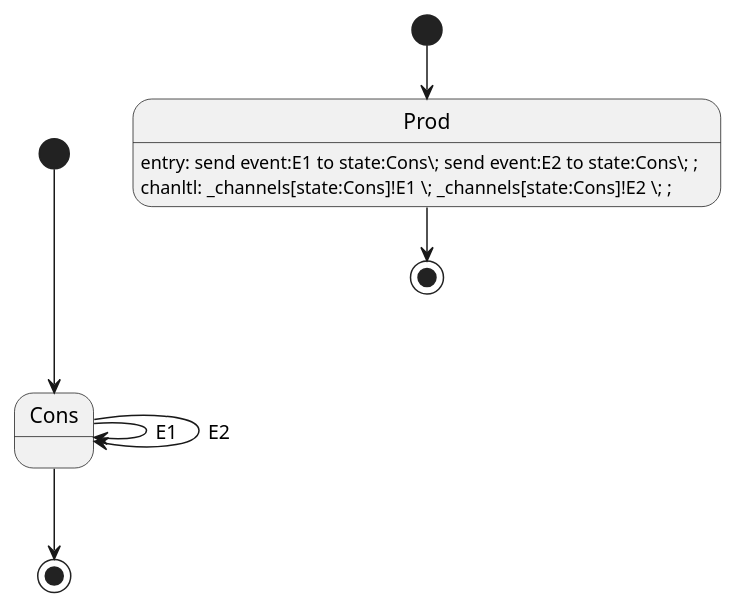
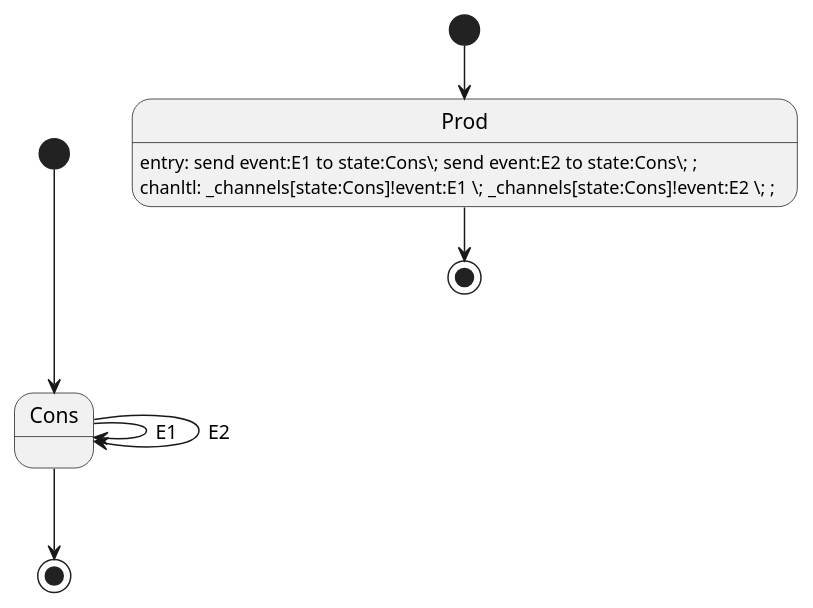
One commit to melintea/upml changed the diagram in plantuml/trace/send.plantuml. Above: the diagram before and after it, drawn with PlantUML. The commit also changed 6 other files, not shown here.

```diff
--- a/plantuml/trace/send.plantuml
+++ b/plantuml/trace/send.plantuml
@@ -1,15 +1,15 @@
 @startuml
 
 [*] --> Cons
 Cons --> [*]
 Cons --> Cons : E1
 Cons --> Cons : E2
 
 --
 
 [*] --> Prod
 Prod --> [*]
 Prod: entry: send event:E1 to state:Cons\; send event:E2 to state:Cons\; ;
-Prod: chanltl: _channels[state:Cons]!E1 \; _channels[state:Cons]!E2 \; ;
+Prod: chanltl: _channels[state:Cons]!event:E1 \; _channels[state:Cons]!event:E2 \; ;
 
 @enduml
```
